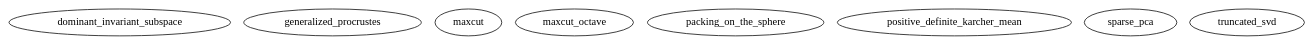
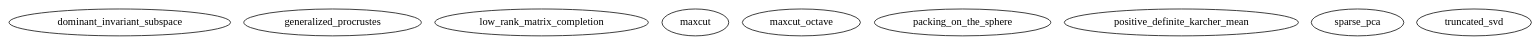
The diagram in web/reference/examples/graph.dot (NicolasBoumal/manopt), drawn with Graphviz before and after one commit. The commit also changed 222 other files, not shown here.

```diff
--- a/web/reference/examples/graph.dot
+++ b/web/reference/examples/graph.dot
@@ -1,12 +1,13 @@
 /* Created by mdot for Matlab */
 digraph m2html {
 
   dominant_invariant_subspace [URL="dominant_invariant_subspace.html"];
   generalized_procrustes [URL="generalized_procrustes.html"];
+  low_rank_matrix_completion [URL="low_rank_matrix_completion.html"];
   maxcut [URL="maxcut.html"];
   maxcut_octave [URL="maxcut_octave.html"];
   packing_on_the_sphere [URL="packing_on_the_sphere.html"];
   positive_definite_karcher_mean [URL="positive_definite_karcher_mean.html"];
   sparse_pca [URL="sparse_pca.html"];
   truncated_svd [URL="truncated_svd.html"];
 }
```
